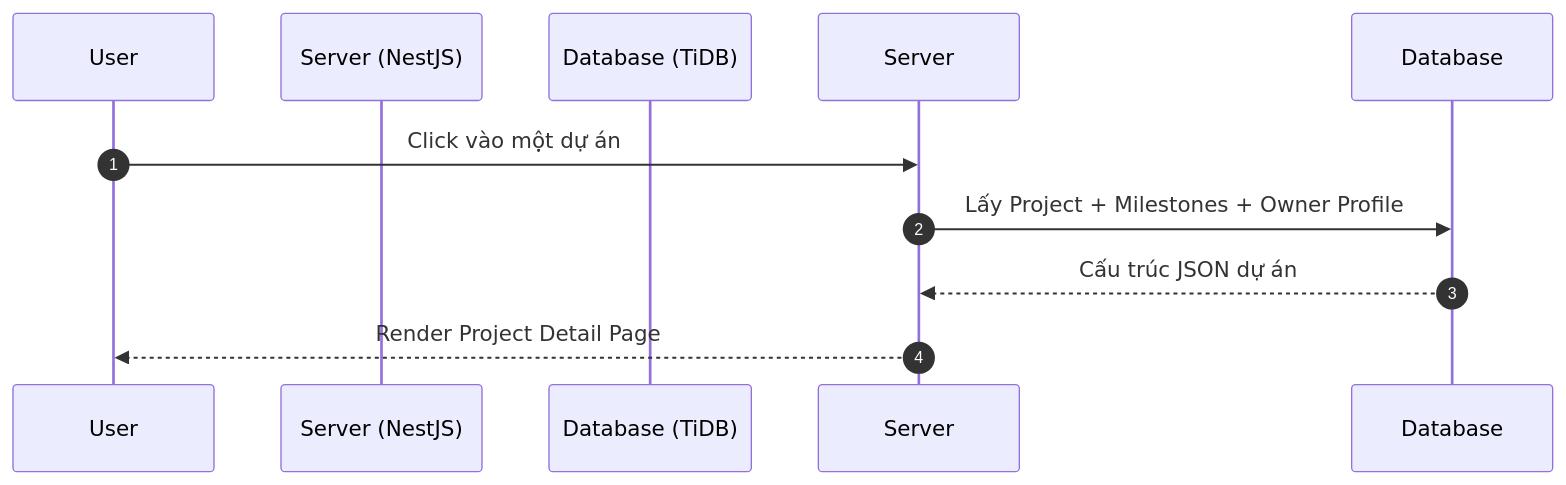
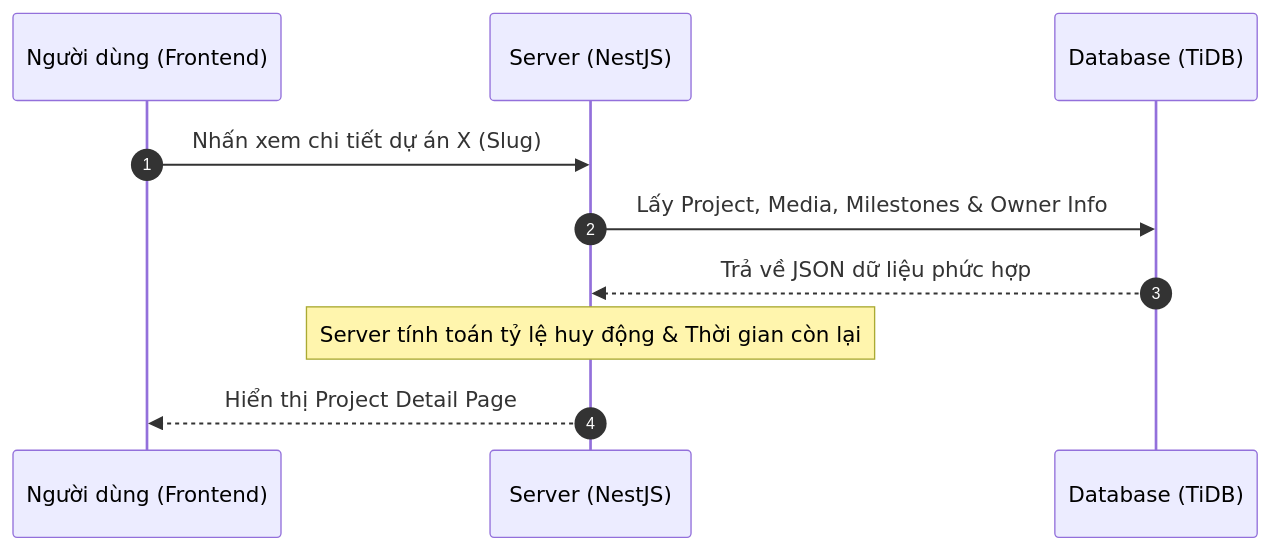
One commit to Loisori/SCI-ITF-Canhan42_TrinhSuTruongThi changed diagram 15 of 25 in doc.md. Above: the diagram before and after it, drawn with Mermaid. The commit also changed other lines of this file and 1 other file, not shown here.

````diff
--- a/doc.md
+++ b/doc.md
@@ -1302,12 +1367,13 @@
 ```mermaid
 sequenceDiagram
     autonumber
-    participant U as User
+    participant U as Người dùng (Frontend)
     participant S as Server (NestJS)
     participant D as Database (TiDB)
 
-    U->>Server: Click vào một dự án
-    Server->>Database: Lấy Project + Milestones + Owner Profile
-    Database-->>Server: Cấu trúc JSON dự án
-    Server-->>U: Render Project Detail Page
+    U->>S: Nhấn xem chi tiết dự án X (Slug)
+    S->>D: Lấy Project, Media, Milestones & Owner Info
+    D-->>S: Trả về JSON dữ liệu phức hợp
+    Note over S: Server tính toán tỷ lệ huy động & Thời gian còn lại
+    S-->>U: Hiển thị Project Detail Page
 ```
````
